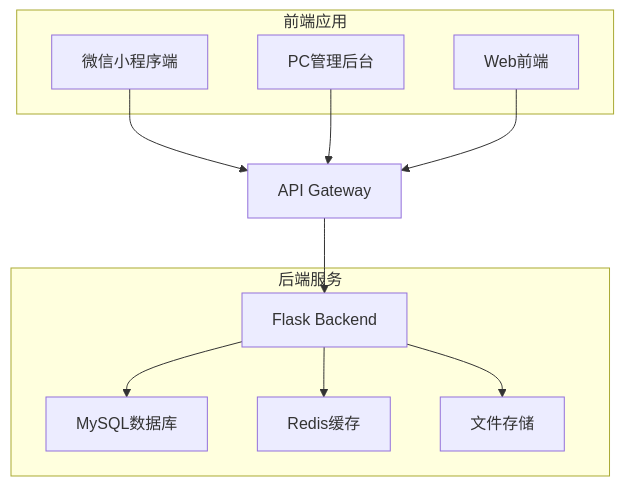
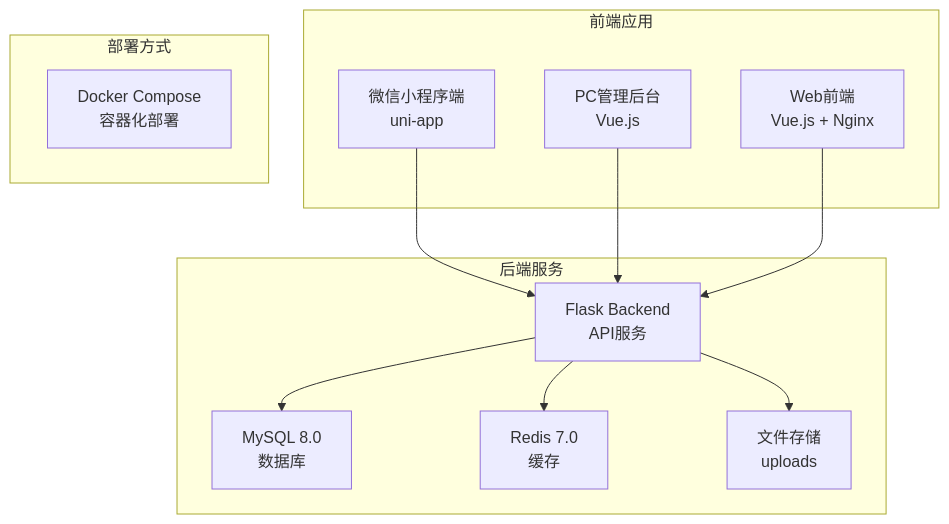
The diagram in README.md (pengcunfu/psychological-health), drawn with Mermaid before and after one commit. The commit also changed other lines of this file, not shown here.

````diff
--- a/README.md
+++ b/README.md
@@ -31,23 +32,27 @@
 ```mermaid
 graph TB
-    A[微信小程序端] --> D[API Gateway]
-    B[PC管理后台] --> D
-    C[Web前端] --> D
-    D --> E[Flask Backend]
-    E --> F[MySQL数据库]
-    E --> G[Redis缓存]
-    E --> H[文件存储]
+    A[微信小程序端<br/>uni-app] --> E[Flask Backend<br/>API服务]
+    B[PC管理后台<br/>Vue.js] --> E
+    C[Web前端<br/>Vue.js + Nginx] --> E
+    
+    E --> F[MySQL 8.0<br/>数据库]
+    E --> G[Redis 7.0<br/>缓存]
+    E --> H[文件存储<br/>uploads]
     
     subgraph "前端应用"
         A
         B
         C
     end
     
     subgraph "后端服务"
         E
         F
         G
         H
     end
+    
+    subgraph "部署方式"
+        I[Docker Compose<br/>容器化部署]
+    end
 ```
````
